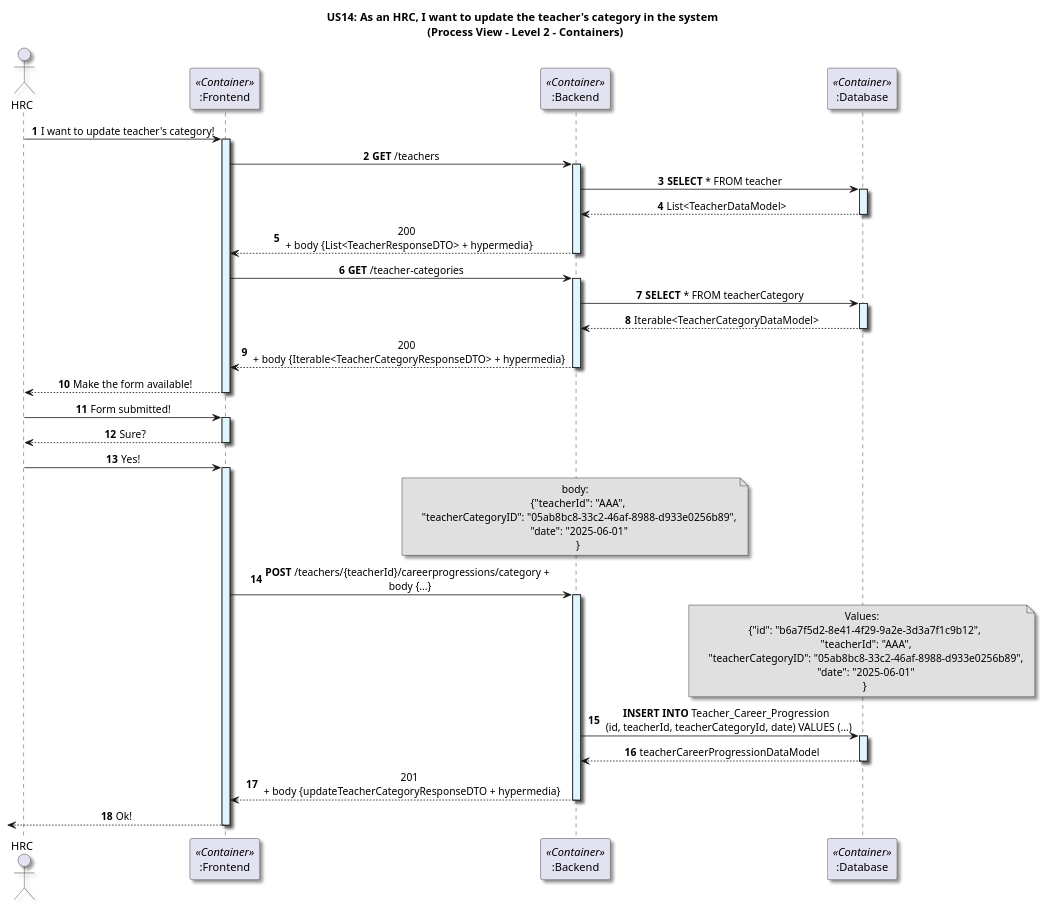
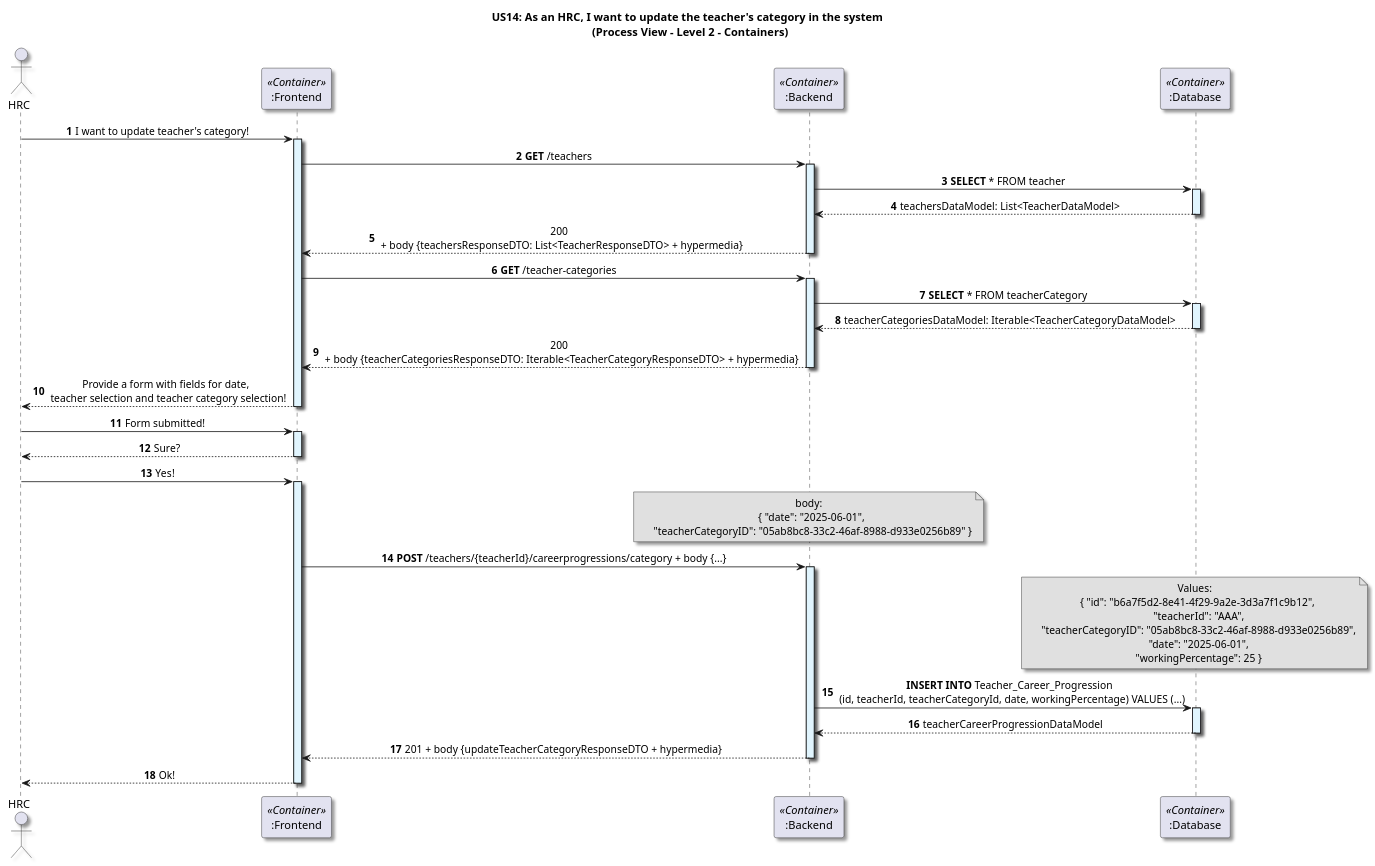
One commit to GasparISEP/DevOps-PAI changed the diagram in docs/US14/Sprint7_RestAPI/ProcessView/Level2.puml. Above: the diagram before and after it, drawn with PlantUML. The commit also changed 2 other files, not shown here.

```diff
--- a/docs/US14/Sprint7_RestAPI/ProcessView/Level2.puml
+++ b/docs/US14/Sprint7_RestAPI/ProcessView/Level2.puml
@@ -1,84 +1,82 @@
 @startuml
 
 title US14: As an HRC, I want to update the teacher's category in the system \n (Process View - Level 2 - Containers)
 
 skinparam componentStyle component
 skinparam defaultTextAlignment center
 skinparam shadowing true
 
 autonumber
 
 actor HRC as admin
 participant ":Frontend" as frontend <<Container>>
 participant ":Backend" as backend <<Container>>
 participant ":Database" as db <<Container>>
 
 
 admin -> frontend: I want to update teacher's category!
 activate frontend #E1F5FE
 
 frontend -> backend: **GET** /teachers
 activate backend #E1F5FE
 
 backend -> db: **SELECT** * FROM teacher
 activate db #E1F5FE
-db --> backend: List<TeacherDataModel>
+db --> backend: teachersDataModel: List<TeacherDataModel>
 deactivate db
 
-backend --> frontend: 200 \n + body {List<TeacherResponseDTO> + hypermedia}
+backend --> frontend: 200 \n + body {teachersResponseDTO: List<TeacherResponseDTO> + hypermedia}
 deactivate backend
 
 frontend -> backend: **GET** /teacher-categories
 activate backend #E1F5FE
 backend -> db: **SELECT** * FROM teacherCategory
 activate db #E1F5FE
-db --> backend: Iterable<TeacherCategoryDataModel>
+db --> backend: teacherCategoriesDataModel: Iterable<TeacherCategoryDataModel>
 deactivate db
-backend --> frontend: 200 \n + body {Iterable<TeacherCategoryResponseDTO> + hypermedia}
+backend --> frontend: 200 \n + body {teacherCategoriesResponseDTO: Iterable<TeacherCategoryResponseDTO> + hypermedia}
 deactivate backend
 
-frontend --> admin: Make the form available!
+frontend --> admin: Provide a form with fields for date, \n teacher selection and teacher category selection!
 deactivate frontend
 
 admin -> frontend: Form submitted!
 activate frontend #E1F5FE
 
 frontend --> admin: Sure?
 deactivate frontend
 
 admin -> frontend: Yes!
 activate frontend #E1F5FE
 
 note over backend #E0E0E0
   body:
-    {"teacherId": "AAA",
-     "teacherCategoryID": "05ab8bc8-33c2-46af-8988-d933e0256b89",
-     "date": "2025-06-01"
-    }
+    { "date": "2025-06-01",
+     "teacherCategoryID": "05ab8bc8-33c2-46af-8988-d933e0256b89" }
 end note
 
-frontend -> backend: **POST** /teachers/{teacherId}/careerprogressions/category + \n body {...}
+frontend -> backend: **POST** /teachers/{teacherId}/careerprogressions/category + body {...}
 activate backend #E1F5FE
 
 note over db #E0E0E0
   Values:
-    {"id": "b6a7f5d2-8e41-4f29-9a2e-3d3a7f1c9b12",
+    { "id": "b6a7f5d2-8e41-4f29-9a2e-3d3a7f1c9b12",
      "teacherId": "AAA",
      "teacherCategoryID": "05ab8bc8-33c2-46af-8988-d933e0256b89",
-     "date": "2025-06-01"
-    }
+     "date": "2025-06-01",
+     "workingPercentage": 25 }
 end note
 
-backend -> db: **INSERT INTO** Teacher_Career_Progression \n (id, teacherId, teacherCategoryId, date) VALUES (...)
+backend -> db: **INSERT INTO** Teacher_Career_Progression \n (id, teacherId, teacherCategoryId, date, workingPercentage) VALUES (...)
 activate db #E1F5FE
 
 db --> backend: teacherCareerProgressionDataModel
 deactivate db
 
-backend --> frontend: 201 \n + body {updateTeacherCategoryResponseDTO + hypermedia}
+backend --> frontend: 201 + body {updateTeacherCategoryResponseDTO + hypermedia}
 deactivate backend
 
-<-- frontend : Ok!
+frontend --> admin : Ok!
 deactivate frontend
 
 @enduml
```
